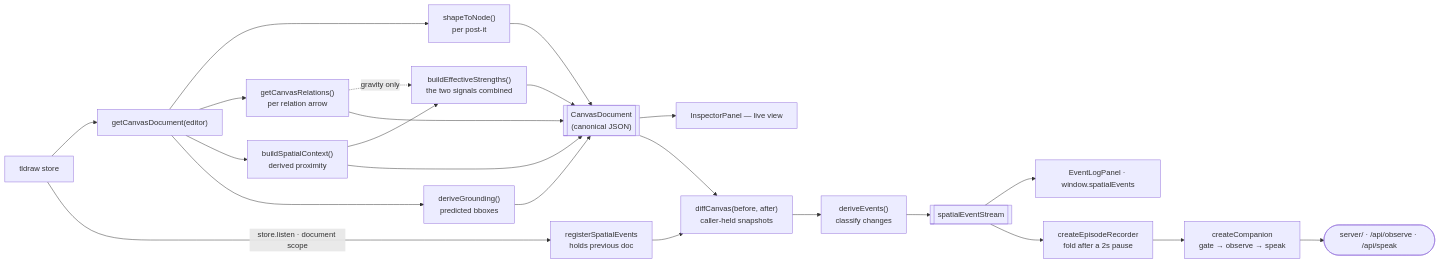
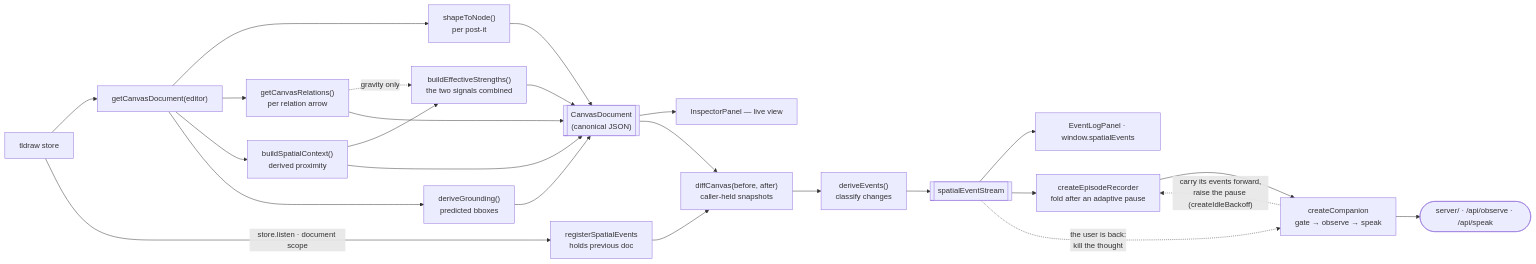
The second of 3 diagrams in CODEMAP.md (merdemkoc/llm-spatial-context), drawn with Mermaid before and after one commit. The commit also changed other lines of this file and 10 other files, not shown here.

````diff
--- a/CODEMAP.md
+++ b/CODEMAP.md
@@ -83,25 +83,27 @@
 ```mermaid
 flowchart LR
     store[tldraw store] --> gcd["getCanvasDocument(editor)"]
     gcd --> stn["shapeToNode()<br/>per post-it"]
     gcd --> gcr["getCanvasRelations()<br/>per relation arrow"]
     gcd --> bsc["buildSpatialContext()<br/>derived proximity"]
     gcd --> dg["deriveGrounding()<br/>predicted bboxes"]
     bsc --> bes["buildEffectiveStrengths()<br/>the two signals combined"]
     gcr -.->|"gravity only"| bes
     stn --> doc[["CanvasDocument<br/>(canonical JSON)"]]
     gcr --> doc
     bsc --> doc
     bes --> doc
     dg --> doc
     doc --> insp[InspectorPanel — live view]
     doc --> diff["diffCanvas(before, after)<br/>caller-held snapshots"]
     store -->|"store.listen · document scope"| rse["registerSpatialEvents<br/>holds previous doc"]
     rse --> diff
     diff --> de["deriveEvents()<br/>classify changes"]
     de --> es[["spatialEventStream"]]
     es --> elp["EventLogPanel · window.spatialEvents"]
-    es --> rec["createEpisodeRecorder<br/>fold after a 2s pause"]
+    es --> rec["createEpisodeRecorder<br/>fold after an adaptive pause"]
     rec --> comp["createCompanion<br/>gate → observe → speak"]
     comp --> api(["server/ · /api/observe · /api/speak"])
+    es -.->|"the user is back:<br/>kill the thought"| comp
+    comp -.->|"carry its events forward,<br/>raise the pause (createIdleBackoff)"| rec
 ```
````
